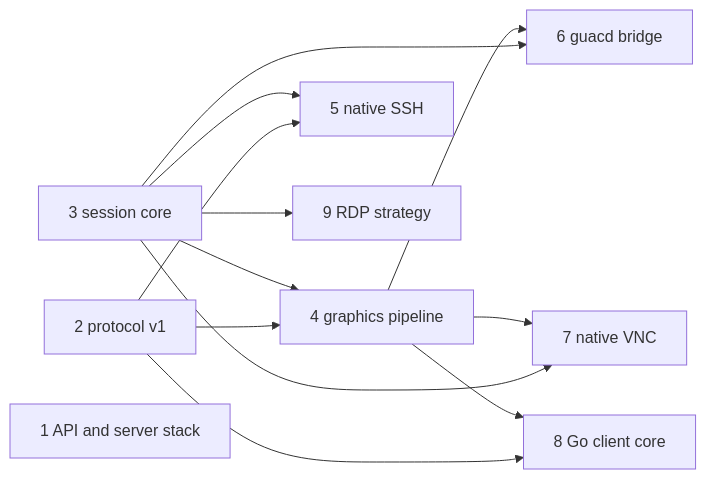
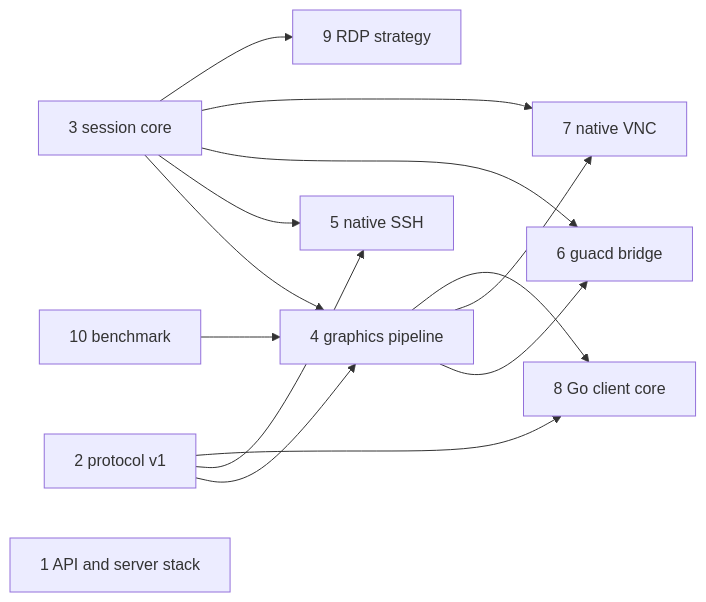
The second of 2 diagrams in specs/008-native-architecture.md (changkun/occamy), drawn with Mermaid before and after one commit. The commit also changed other lines of this file and 5 other files, not shown here.

````diff
--- a/specs/008-native-architecture.md
+++ b/specs/008-native-architecture.md
@@ -226,15 +238,16 @@
 ```mermaid
 graph LR
   P[2 protocol v1] --> G[4 graphics pipeline]
   S[3 session core] --> G
   P --> SSH[5 native SSH]
   S --> SSH
   S --> B[6 guacd bridge]
   G --> B
   S --> VNC[7 native VNC]
   G --> VNC
   P --> CC[8 Go client core]
   G --> CC
   S --> RDP[9 RDP strategy]
+  BM[10 benchmark] --> G
   A[1 API and server stack]
 ```
````
